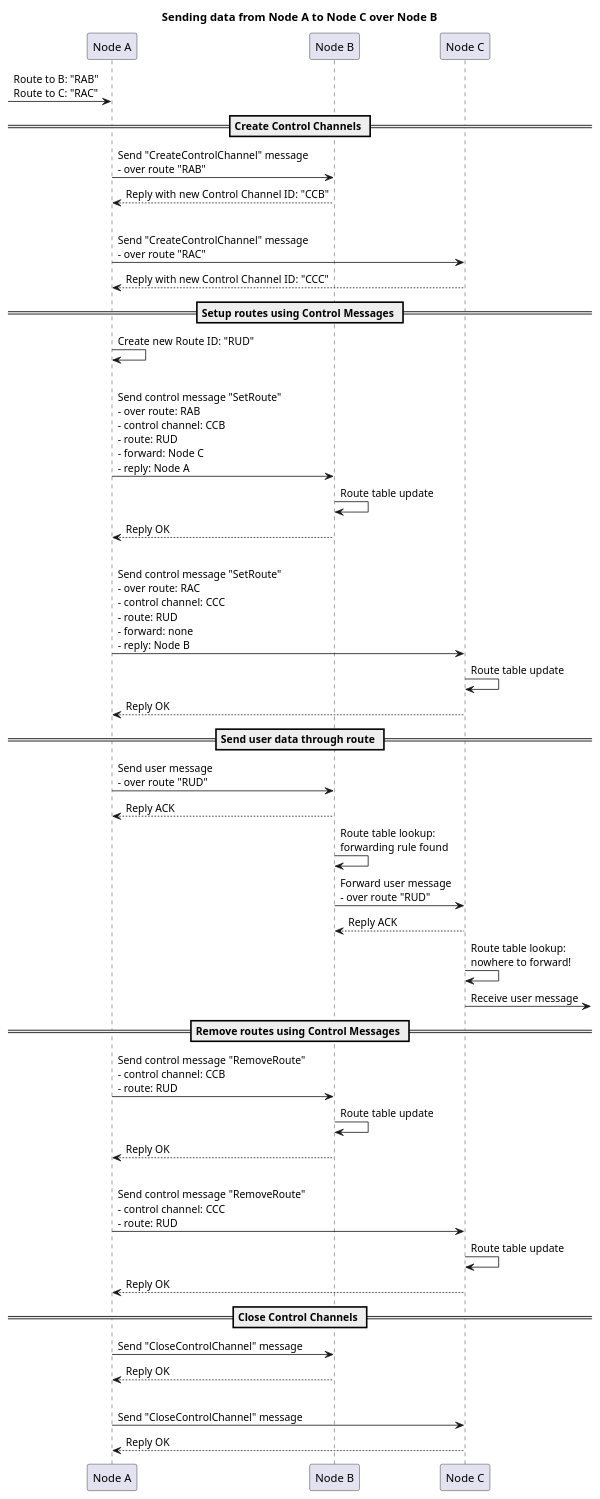
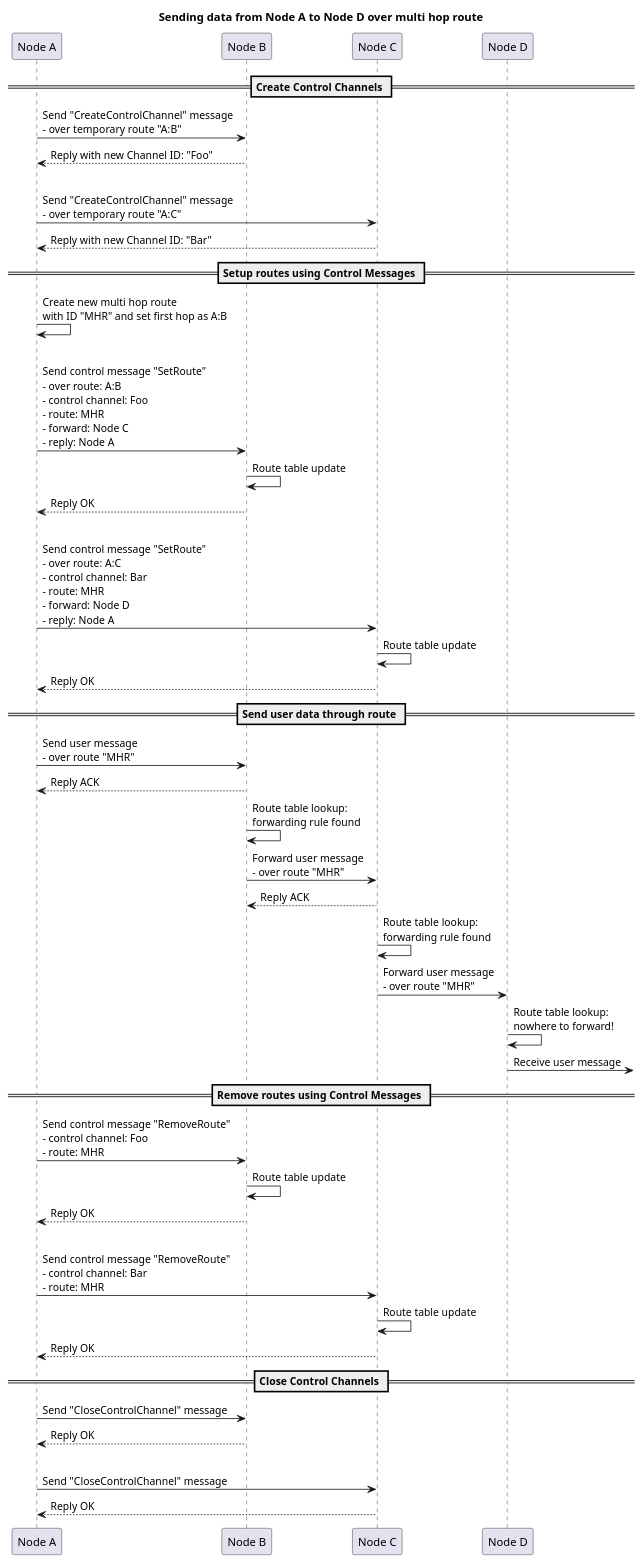
Before and after one commit to skycoin/skycoin: the diagram in src/mesh/doc/control.uml.puml, drawn with PlantUML. The commit also changed 21 other files, not shown here.

Commit message:
control channel (draft)

```diff
--- a/src/mesh/doc/control.uml.puml
+++ b/src/mesh/doc/control.uml.puml
@@ -1,56 +1,56 @@
 @startuml
 
-title Sending data from Node A to Node C over Node B
-
--> "Node A": Route to B: "RAB"\nRoute to C: "RAC"
+title Sending data from Node A to Node D over multi hop route
 
 == Create Control Channels ==
 
-"Node A" -> "Node B": Send "CreateControlChannel" message\n- over route "RAB"
-"Node B" --> "Node A": Reply with new Control Channel ID: "CCB"
+"Node A" -> "Node B": Send "CreateControlChannel" message\n- over temporary route "A:B"
+"Node B" --> "Node A": Reply with new Channel ID: "Foo"
 |||
-"Node A" -> "Node C": Send "CreateControlChannel" message\n- over route "RAC"
-"Node C" --> "Node A": Reply with new Control Channel ID: "CCC"
+"Node A" -> "Node C": Send "CreateControlChannel" message\n- over temporary route "A:C"
+"Node C" --> "Node A": Reply with new Channel ID: "Bar"
 
 == Setup routes using Control Messages ==
 
-"Node A" -> "Node A": Create new Route ID: "RUD"
+"Node A" -> "Node A": Create new multi hop route\nwith ID "MHR" and set first hop as A:B
 |||
-"Node A" -> "Node B": Send control message "SetRoute"\n- over route: RAB\n- control channel: CCB\n- route: RUD\n- forward: Node C\n- reply: Node A
+"Node A" -> "Node B": Send control message "SetRoute"\n- over route: A:B\n- control channel: Foo\n- route: MHR\n- forward: Node C\n- reply: Node A
 "Node B" -> "Node B": Route table update
 "Node B" --> "Node A": Reply OK
 |||
-"Node A" -> "Node C": Send control message "SetRoute" \n- over route: RAC\n- control channel: CCC\n- route: RUD\n- forward: none\n- reply: Node B
+"Node A" -> "Node C": Send control message "SetRoute" \n- over route: A:C\n- control channel: Bar\n- route: MHR\n- forward: Node D\n- reply: Node A
 "Node C" -> "Node C": Route table update
 "Node C" --> "Node A": Reply OK
 
 == Send user data through route ==
 
-"Node A" -> "Node B": Send user message\n- over route "RUD"
+"Node A" -> "Node B": Send user message\n- over route "MHR"
 "Node B" --> "Node A": Reply ACK
 "Node B" -> "Node B": Route table lookup:\nforwarding rule found
-"Node B" -> "Node C": Forward user message\n- over route "RUD"
+"Node B" -> "Node C": Forward user message\n- over route "MHR"
 "Node C" --> "Node B": Reply ACK
-"Node C" -> "Node C": Route table lookup:\nnowhere to forward!
-"Node C" ->: Receive user message
+"Node C" -> "Node C": Route table lookup:\nforwarding rule found
+"Node C" -> "Node D": Forward user message\n- over route "MHR"
+"Node D" -> "Node D": Route table lookup:\nnowhere to forward!
+"Node D" ->: Receive user message
 
 == Remove routes using Control Messages ==
 
-"Node A" -> "Node B": Send control message "RemoveRoute" \n- control channel: CCB\n- route: RUD
+"Node A" -> "Node B": Send control message "RemoveRoute" \n- control channel: Foo\n- route: MHR
 "Node B" -> "Node B": Route table update
 "Node B" --> "Node A": Reply OK
 |||
-"Node A" -> "Node C": Send control message "RemoveRoute" \n- control channel: CCC\n- route: RUD
+"Node A" -> "Node C": Send control message "RemoveRoute" \n- control channel: Bar\n- route: MHR
 "Node C" -> "Node C": Route table update
 "Node C" --> "Node A": Reply OK
 
 == Close Control Channels ==
 
 "Node A" -> "Node B": Send "CloseControlChannel" message
 "Node B" --> "Node A": Reply OK
 |||
 "Node A" -> "Node C": Send "CloseControlChannel" message
 "Node C" --> "Node A": Reply OK
 
 
 @enduml
```
